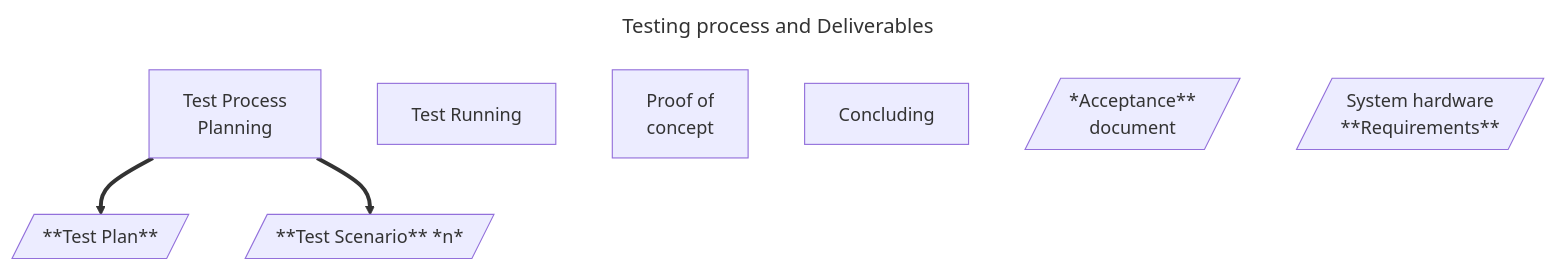
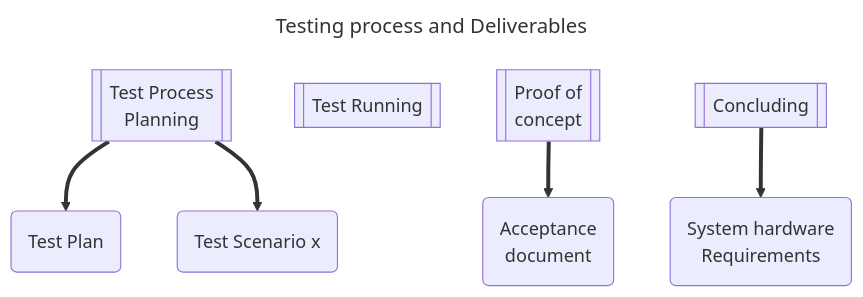
One commit to petre-renware/sdeven changed the second of 2 diagrams in doc_src/SDEVEN.25_SYTEST.md. Above: the diagram before and after it, drawn with Mermaid.

````diff
--- a/doc_src/SDEVEN.25_SYTEST.md
+++ b/doc_src/SDEVEN.25_SYTEST.md
@@ -200,20 +200,23 @@
 ```mermaid
 ---
 title: Testing process and Deliverables
 ---
 flowchart TD
-    pln["Test Process \n Planning"]
-    exec["Test Running"]
-    poc["Proof of \n concept"]
-    concl["Concluding"]
+    pln[["Test Process \n Planning"]]
+    exec[["Test Running"]]
+    poc[["Proof of \n concept"]]
+    concl[["Concluding"]]
 
-    tpln[/"**Test Plan**"/]
-    tsce[/"**Test Scenario** *n*"/]
-    pocdoc[/" *Acceptance** \n document"/]
-    sysrq[/"System hardware \n **Requirements**"/]
+    tpln("Test Plan")
+    tsce("Test Scenario x")
+    pocdoc("Acceptance \n document")
+    sysrq("System hardware \n Requirements")
 
 
     pln ==> tpln
     pln ==> tsce
+    poc ==> pocdoc
+    concl ==> sysrq
+
 
 ```
````
